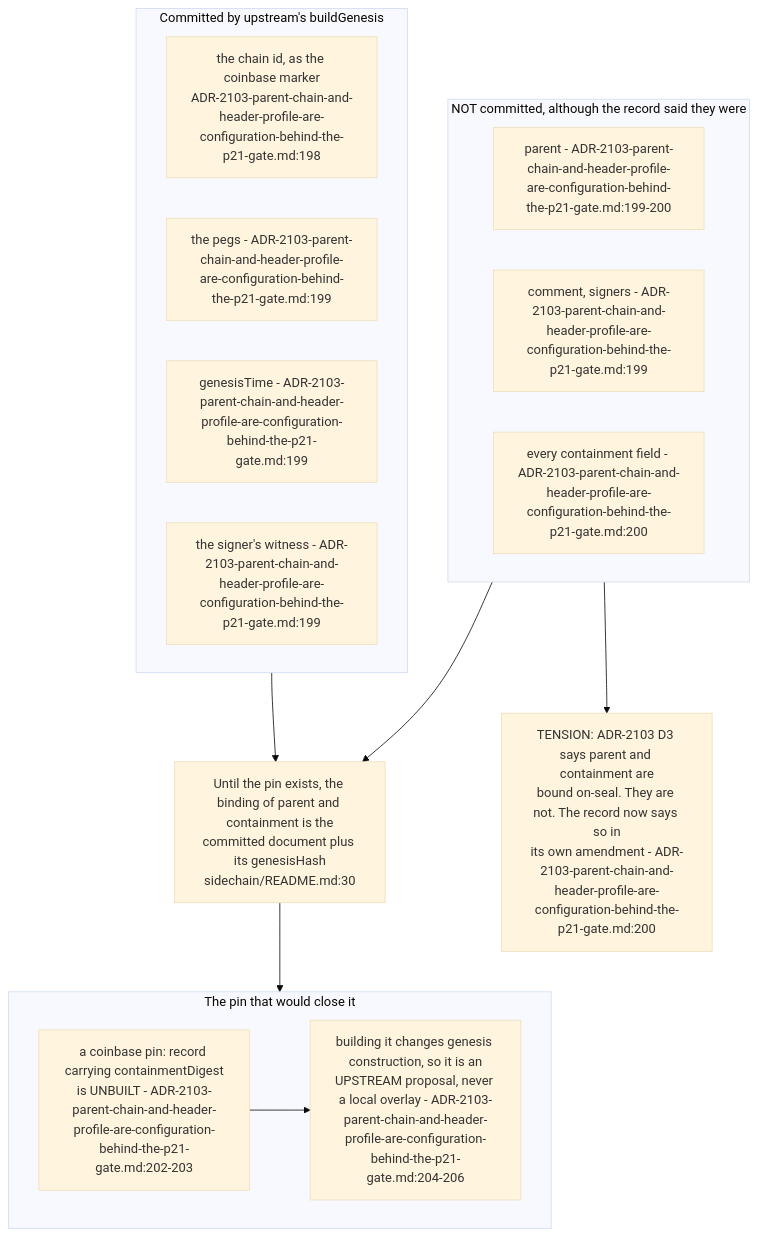
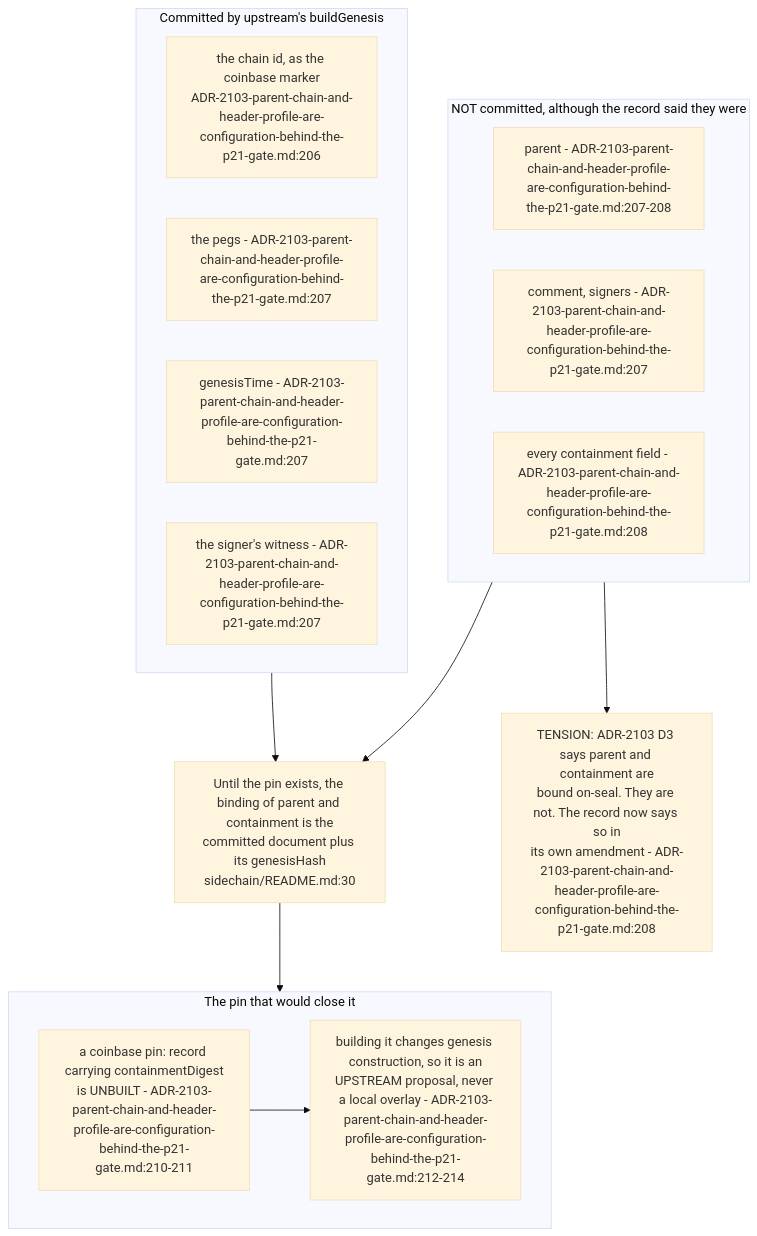
The second of 5 diagrams in docs/diagrams/agentbox/32-sidechain-root-seal.md (DreamLab-AI/VisionFlow), drawn with Mermaid (base theme) before and after one commit. The commit also changed other lines of this file and 94 other files, not shown here.

First line of the commit message:
docs(diagrams): re-verify 130 topics against 2 October HEADs

````diff
--- a/docs/diagrams/agentbox/32-sidechain-root-seal.md
+++ b/docs/diagrams/agentbox/32-sidechain-root-seal.md
@@ -71,23 +71,23 @@
 ```mermaid
 flowchart TB
     subgraph committed["Committed by upstream's buildGenesis"]
-        C1["the chain id, as the coinbase marker<br/>ADR-2103-parent-chain-and-header-profile-are-configuration-behind-the-p21-gate.md:198"]
-        C2["the pegs - ADR-2103-parent-chain-and-header-profile-are-configuration-behind-the-p21-gate.md:199"]
-        C3["genesisTime - ADR-2103-parent-chain-and-header-profile-are-configuration-behind-the-p21-gate.md:199"]
-        C4["the signer's witness - ADR-2103-parent-chain-and-header-profile-are-configuration-behind-the-p21-gate.md:199"]
+        C1["the chain id, as the coinbase marker<br/>ADR-2103-parent-chain-and-header-profile-are-configuration-behind-the-p21-gate.md:206"]
+        C2["the pegs - ADR-2103-parent-chain-and-header-profile-are-configuration-behind-the-p21-gate.md:207"]
+        C3["genesisTime - ADR-2103-parent-chain-and-header-profile-are-configuration-behind-the-p21-gate.md:207"]
+        C4["the signer's witness - ADR-2103-parent-chain-and-header-profile-are-configuration-behind-the-p21-gate.md:207"]
     end
     subgraph notcommitted["NOT committed, although the record said they were"]
-        N1["parent - ADR-2103-parent-chain-and-header-profile-are-configuration-behind-the-p21-gate.md:199-200"]
-        N2["comment, signers - ADR-2103-parent-chain-and-header-profile-are-configuration-behind-the-p21-gate.md:199"]
-        N3["every containment field - ADR-2103-parent-chain-and-header-profile-are-configuration-behind-the-p21-gate.md:200"]
+        N1["parent - ADR-2103-parent-chain-and-header-profile-are-configuration-behind-the-p21-gate.md:207-208"]
+        N2["comment, signers - ADR-2103-parent-chain-and-header-profile-are-configuration-behind-the-p21-gate.md:207"]
+        N3["every containment field - ADR-2103-parent-chain-and-header-profile-are-configuration-behind-the-p21-gate.md:208"]
     end
     subgraph pin["The pin that would close it"]
-        PIN["a coinbase pin: record carrying containmentDigest<br/>is UNBUILT - ADR-2103-parent-chain-and-header-profile-are-configuration-behind-the-p21-gate.md:202-203"]
-        UP["building it changes genesis construction, so it is an<br/>UPSTREAM proposal, never a local overlay - ADR-2103-parent-chain-and-header-profile-are-configuration-behind-the-p21-gate.md:204-206"]
+        PIN["a coinbase pin: record carrying containmentDigest<br/>is UNBUILT - ADR-2103-parent-chain-and-header-profile-are-configuration-behind-the-p21-gate.md:210-211"]
+        UP["building it changes genesis construction, so it is an<br/>UPSTREAM proposal, never a local overlay - ADR-2103-parent-chain-and-header-profile-are-configuration-behind-the-p21-gate.md:212-214"]
         PIN --> UP
     end
     committed --> BIND["Until the pin exists, the binding of parent and containment is the<br/>committed document plus its genesisHash<br/>sidechain/README.md:30"]
     notcommitted --> BIND
     BIND --> pin
-    notcommitted --> TEN["TENSION: ADR-2103 D3 says parent and containment are<br/>bound on-seal. They are not. The record now says so in<br/>its own amendment - ADR-2103-parent-chain-and-header-profile-are-configuration-behind-the-p21-gate.md:200"]
+    notcommitted --> TEN["TENSION: ADR-2103 D3 says parent and containment are<br/>bound on-seal. They are not. The record now says so in<br/>its own amendment - ADR-2103-parent-chain-and-header-profile-are-configuration-behind-the-p21-gate.md:208"]
 ```
````
